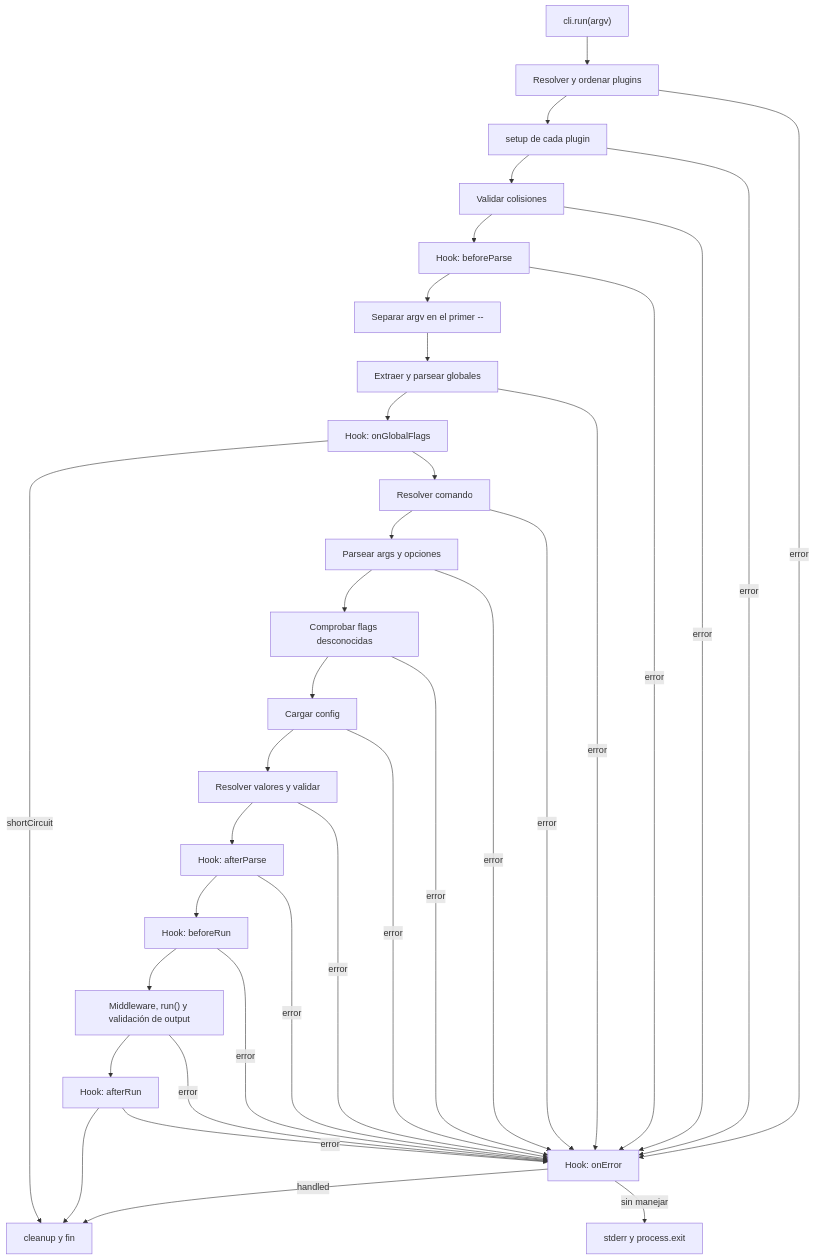
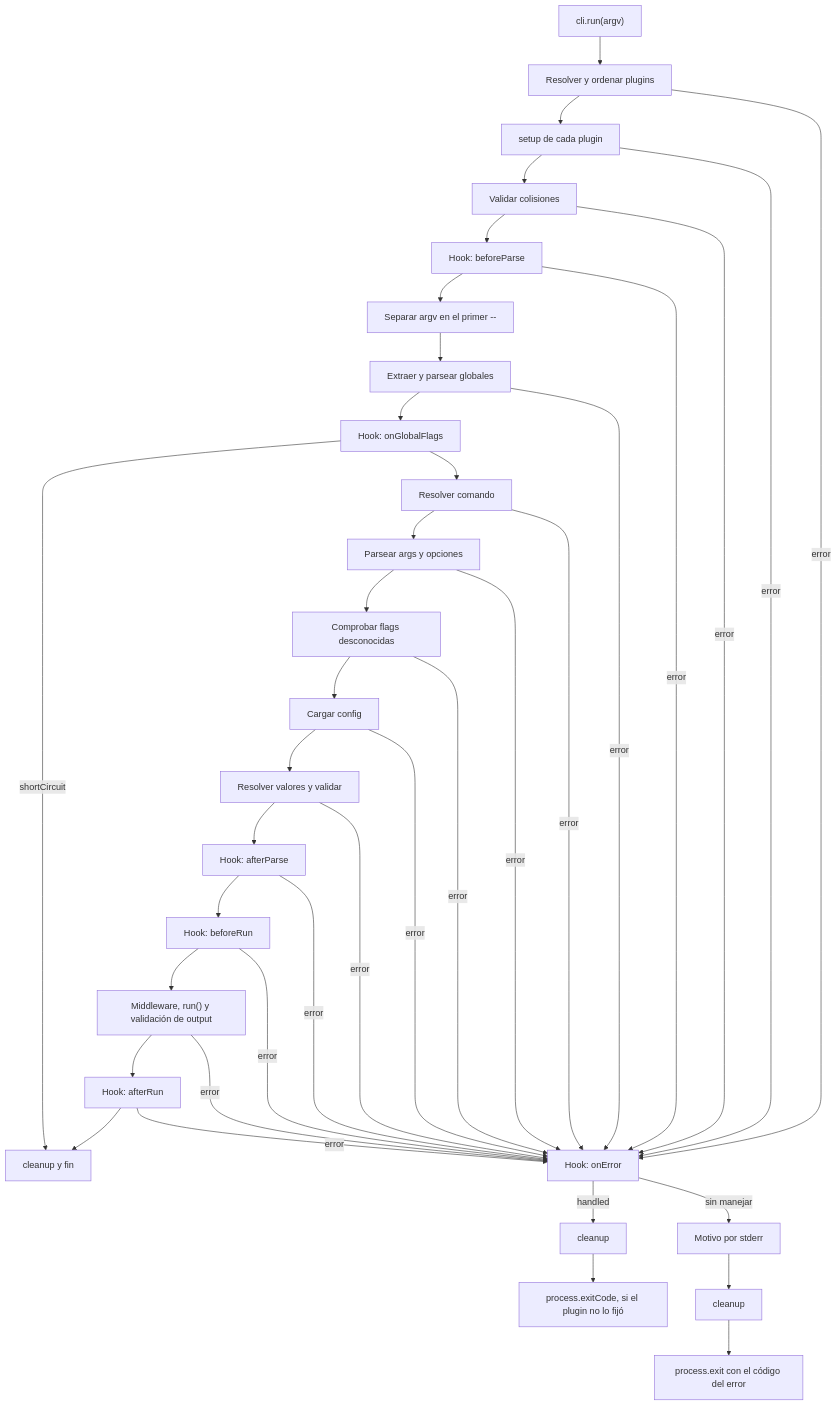
Before and after one commit to jrodrigopuca/runa-cmd: the first of 3 diagrams in docs/flows/cli-lifecycle.md, drawn with Mermaid. The commit also changed other lines of this file and 24 other files, not shown here.

````diff
--- a/docs/flows/cli-lifecycle.md
+++ b/docs/flows/cli-lifecycle.md
@@ -7,24 +7,27 @@
 ```mermaid
 flowchart TD
     A["cli.run(argv)"] --> B["Resolver y ordenar plugins"]
     B --> C["setup de cada plugin"]
     C --> D["Validar colisiones"]
     D --> E["Hook: beforeParse"]
     E --> F["Separar argv en el primer --"]
     F --> G["Extraer y parsear globales"]
     G --> H["Hook: onGlobalFlags"]
     H -->|shortCircuit| Z["cleanup y fin"]
     H --> I["Resolver comando"]
     I --> J["Parsear args y opciones"]
     J --> K["Comprobar flags desconocidas"]
     K --> L["Cargar config"]
     L --> M["Resolver valores y validar"]
     M --> N["Hook: afterParse"]
     N --> O["Hook: beforeRun"]
     O --> P["Middleware, run() y validación de output"]
     P --> Q["Hook: afterRun"]
     Q --> Z
     B & C & D & E & G & I & J & K & L & M & N & O & P & Q -->|error| R["Hook: onError"]
-    R -->|handled| Z
-    R -->|"sin manejar"| S["stderr y process.exit"]
+    R -->|handled| Y["cleanup"]
+    R -->|"sin manejar"| S["Motivo por stderr"]
+    S --> X["cleanup"]
+    X --> W["process.exit con el código del error"]
+    Y --> V["process.exitCode, si el plugin no lo fijó"]
 ```
````
